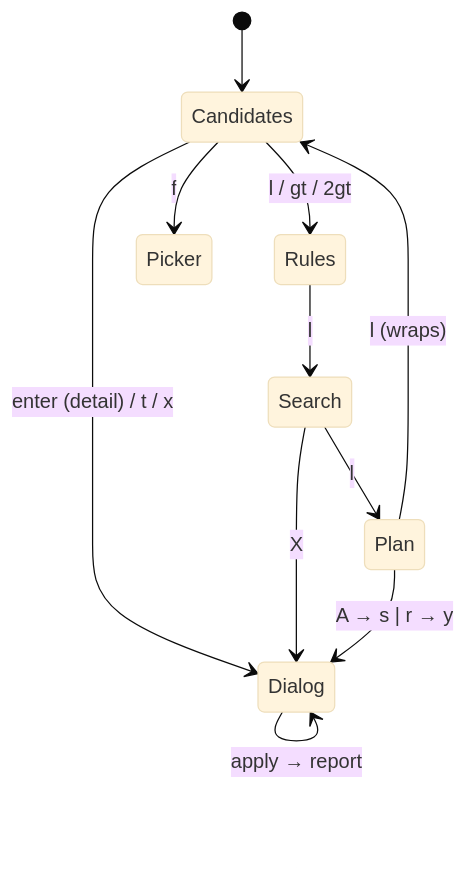
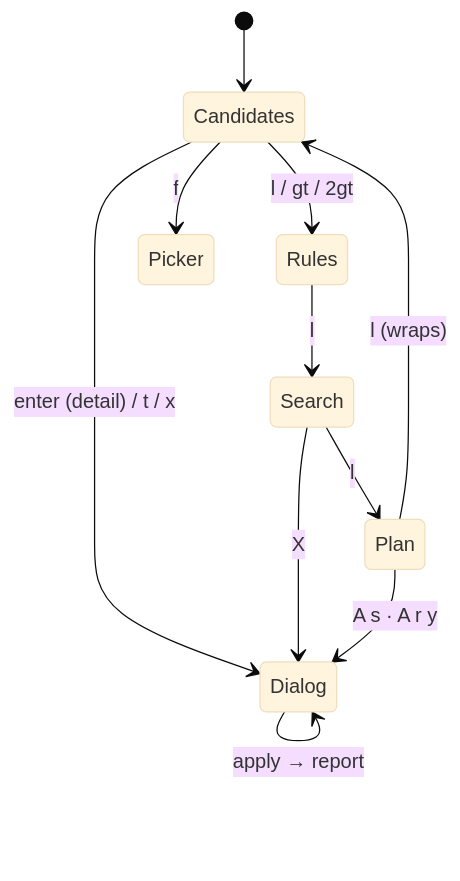
One commit to jfryman/sluice changed the diagram in lode/tui/summary.md. Above: the diagram before and after it, drawn with Mermaid (base theme). The commit also changed 6 other files, not shown here.

First line of the commit message:
Write the apply key sequence vim-style as A r y

````diff
--- a/lode/tui/summary.md
+++ b/lode/tui/summary.md
@@ -13,13 +13,13 @@
 ```mermaid
 stateDiagram-v2
   [*] --> Candidates
   Candidates --> Rules: l / gt / 2gt
   Rules --> Search: l
   Search --> Plan: l
   Plan --> Candidates: l (wraps)
   Candidates --> Dialog: enter (detail) / t / x
   Candidates --> Picker: f
   Search --> Dialog: X
-  Plan --> Dialog: A → s | r → y
+  Plan --> Dialog: A s · A r y
   Dialog --> Dialog: apply → report
 ```
````
